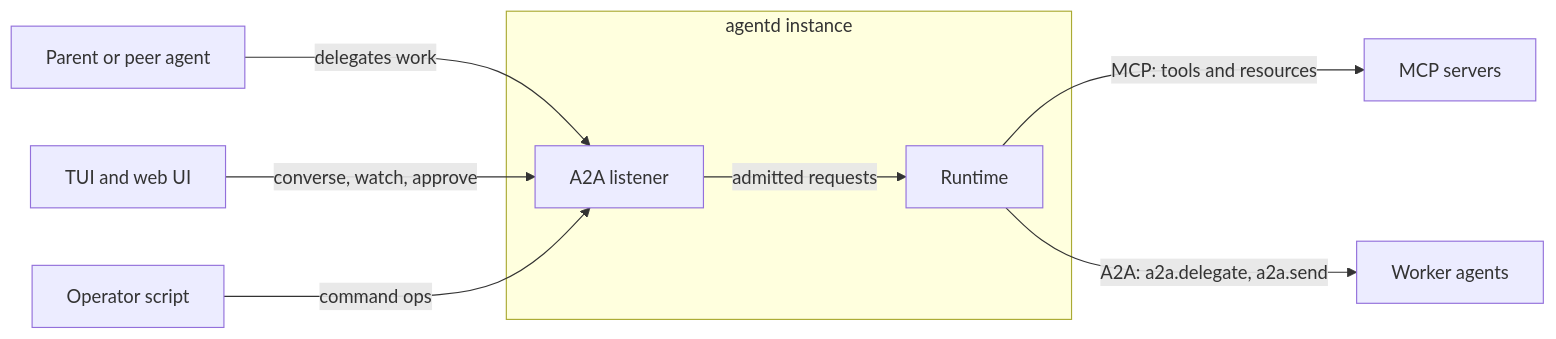
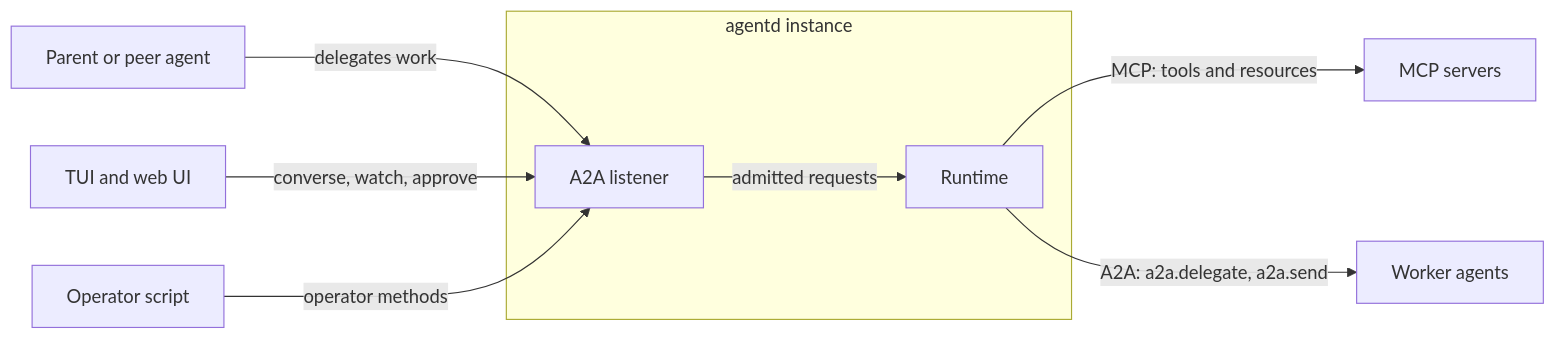
The first of 6 diagrams in docs/a2a.md (agentd-dev/source-code), drawn with Mermaid before and after one commit. The commit also changed other lines of this file and 17 other files, not shown here.

````diff
--- a/docs/a2a.md
+++ b/docs/a2a.md
@@ -31,11 +31,11 @@
 ```mermaid
 flowchart LR
     Peer["Parent or peer agent"] -- "delegates work" --> L
     UI["TUI and web UI"] -- "converse, watch, approve" --> L
-    Ops["Operator script"] -- "command ops" --> L
+    Ops["Operator script"] -- "operator methods" --> L
     subgraph inst["agentd instance"]
         L["A2A listener"] -- "admitted requests" --> R["Runtime"]
     end
     R -- "MCP: tools and resources" --> M["MCP servers"]
     R -- "A2A: a2a.delegate, a2a.send" --> W["Worker agents"]
 ```
````
